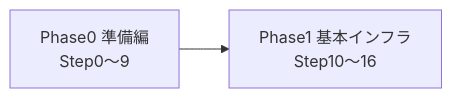
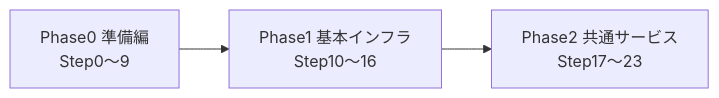
The diagram in GETTING_STARTED.md (Taiyaki64/Azure-Common-Platform), drawn with Mermaid before and after one commit. The commit also changed other lines of this file and 8 other files, not shown here.

````diff
--- a/GETTING_STARTED.md
+++ b/GETTING_STARTED.md
@@ -10,4 +11,4 @@
 ```mermaid
 flowchart LR
-    P0["Phase0 準備編<br>Step0〜9"] --> P1["Phase1 基本インフラ<br>Step10〜16"]
+    P0["Phase0 準備編<br>Step0〜9"] --> P1["Phase1 基本インフラ<br>Step10〜16"] --> P2["Phase2 共通サービス<br>Step17〜23"]
 ```
````
